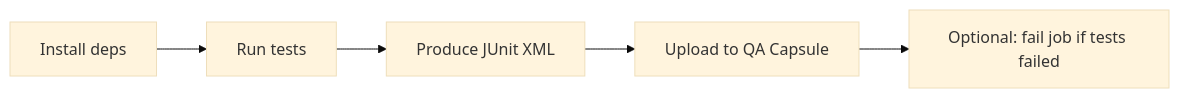
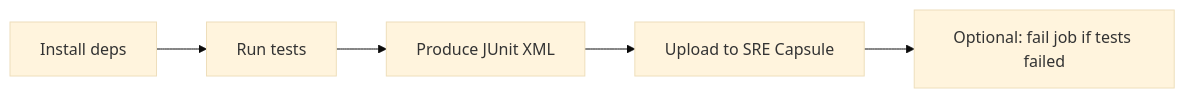
One commit to Ashraf-Khabar/qa-capsule changed the diagram in docs/integration/cicd-providers.md. Above: the diagram before and after it, drawn with Mermaid (base theme). The commit also changed other lines of this file and 180 other files, not shown here.

First line of the commit message:
Refactor codebase to transition from QA Capsule to SRE Capsule

````diff
--- a/docs/integration/cicd-providers.md
+++ b/docs/integration/cicd-providers.md
@@ -35,7 +35,7 @@
 ```mermaid
 flowchart LR
   A[Install deps] --> B[Run tests]
   B --> C[Produce JUnit XML]
-  C --> D[Upload to QA Capsule]
+  C --> D[Upload to SRE Capsule]
   D --> E[Optional: fail job if tests failed]
 ```
````
